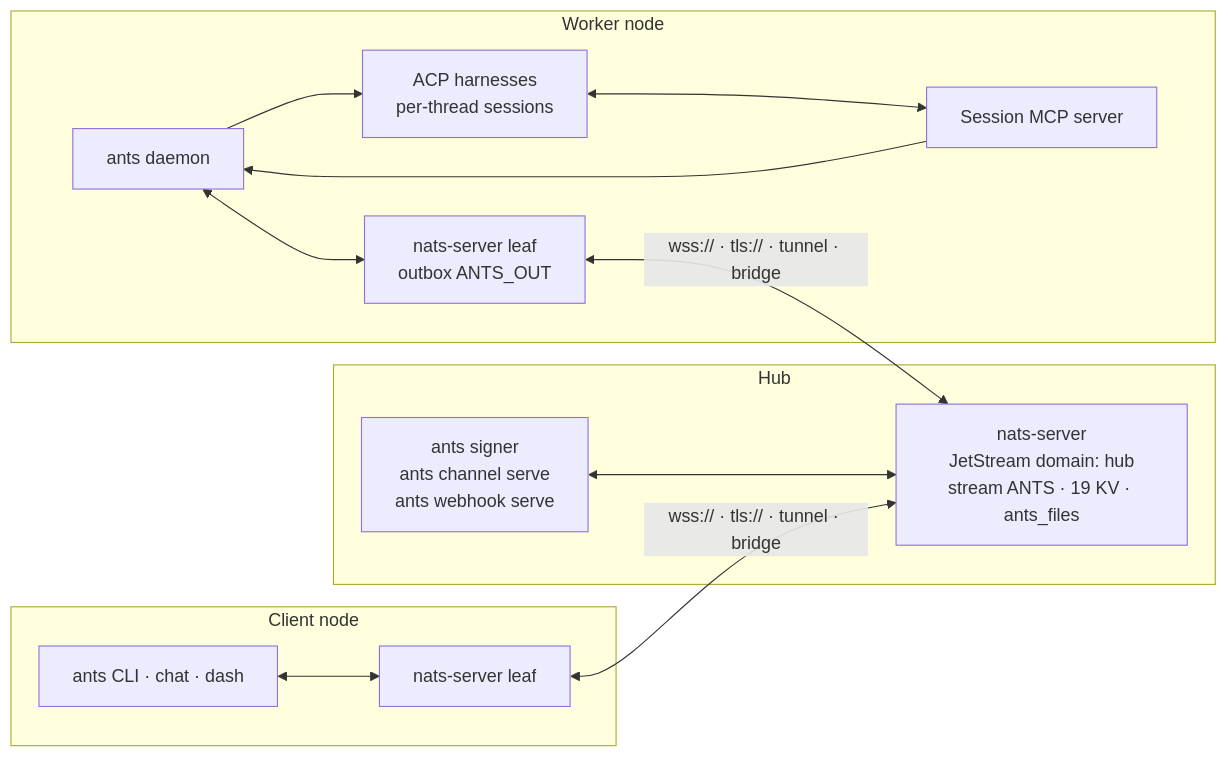
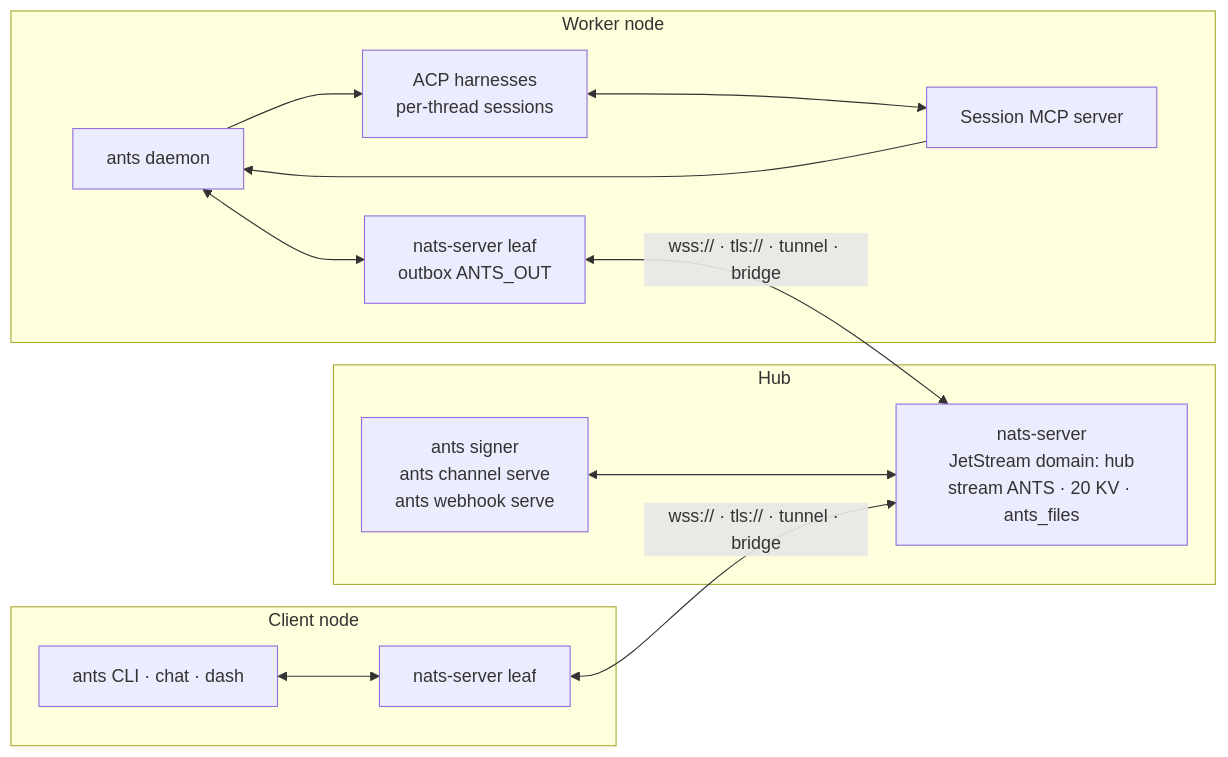
One commit to quanghle/ants changed the first of 3 diagrams in docs/architecture.md. Above: the diagram before and after it, drawn with Mermaid. The commit also changed other lines of this file and 9 other files, not shown here.

````diff
--- a/docs/architecture.md
+++ b/docs/architecture.md
@@ -5,28 +5,28 @@
 ```mermaid
 flowchart LR
     subgraph worker["Worker node"]
         daemon["ants daemon"]
         acp["ACP harnesses<br/>per-thread sessions"]
         mcp["Session MCP server"]
         wleaf["nats-server leaf<br/>outbox ANTS_OUT"]
         daemon --> acp
         acp <--> mcp
         mcp --> daemon
         daemon <--> wleaf
     end
 
     subgraph hub["Hub"]
-        hserver["nats-server<br/>JetStream domain: hub<br/>stream ANTS · 19 KV · ants_files"]
+        hserver["nats-server<br/>JetStream domain: hub<br/>stream ANTS · 20 KV · ants_files"]
         services["ants signer<br/>ants channel serve<br/>ants webhook serve"]
         services <--> hserver
     end
 
     subgraph client["Client node"]
         cli["ants CLI · chat · dash"]
         cleaf["nats-server leaf"]
         cli <--> cleaf
     end
 
     wleaf <-->|"wss:// · tls:// · tunnel · bridge"| hserver
     cleaf <-->|"wss:// · tls:// · tunnel · bridge"| hserver
 ```
````
